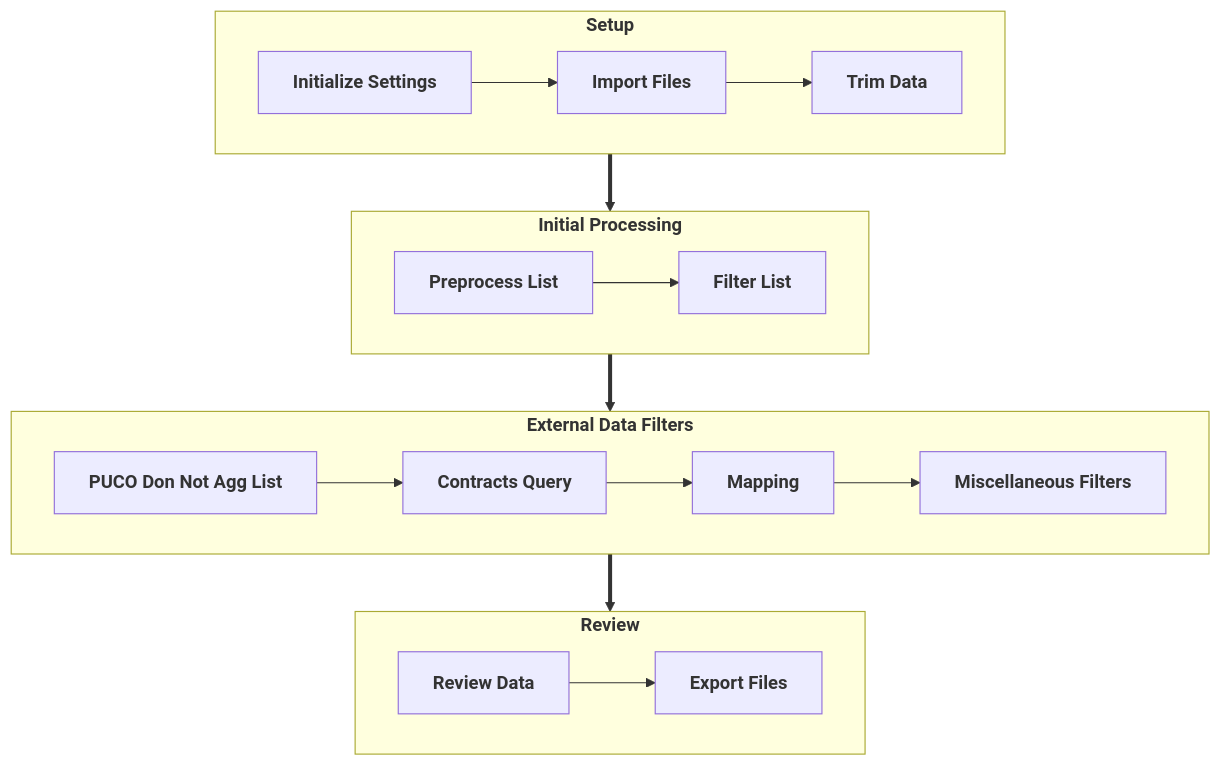
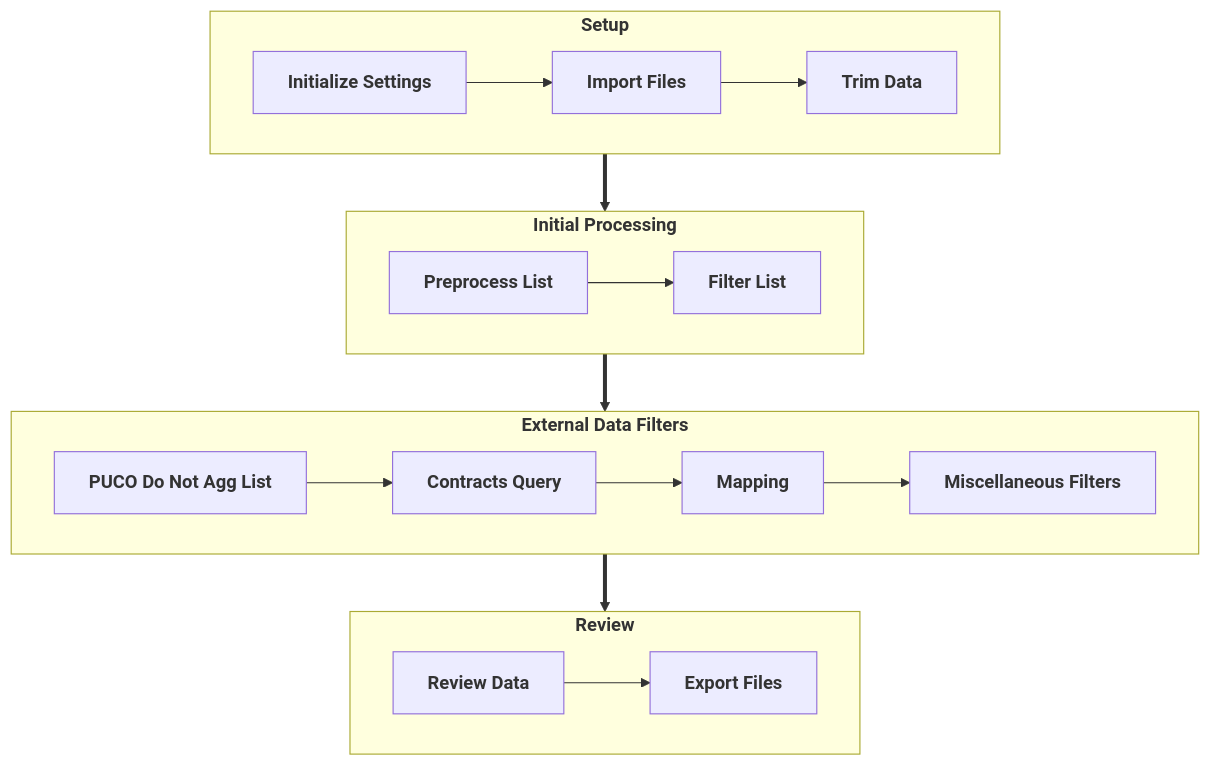
One commit to vistra-muniagg/List-Management-Tool changed the first of 6 diagrams in DIAGRAMS.md. Above: the diagram before and after it, drawn with Mermaid. The commit also changed other lines of this file, not shown here.

Commit message:
Update PUCO Do Not Agg List formatting and content

````diff
--- a/DIAGRAMS.md
+++ b/DIAGRAMS.md
@@ -10,53 +11,53 @@
 ```mermaid
 
 %%{init: {
   "theme": "base",
   "themeVariables": {
     "fontSize": "12px",
     "fontFamily": "Segoe UI",
     "primaryColor": "#eef6ff",          %% node fill
     "primaryBorderColor": "#1e40af",    %% node border
     "primaryTextColor": "#0f172a",      %% node text
     "lineColor": "#1e40af"
   }
 }}%%
 
 flowchart TB
 
 classDef classNode fill:#eef6ff,stroke:#1e40af,stroke-width:2px,font-size:12px
 
 %% Nodes
 Initialize["<b>Initialize</b><br>-define_macro_settings<br>-define_EDC<br>-define_mail_type<br>"]
 Import_Files["<b>Import_Files</b><br>-import_gagg_list<br>-import_active_list<br>-import_supplier_list<br>-trim_data"]
 Preprocess_List["<b>Preprocess_List</b><br>-create_filter_tab<br>-create_mapping_file<br>-populate_filter_tab"]
 Filter_List["<b>Filter_List</b><br>-remove_duplicates<br>-pipp<br>-state_rules<br>-usage<br>-shopping<br>-arrears<br>-national_chains"]
-PUCO_Do_Not_Agg["<b>PUCO_Do_Not_Agg</b><br>-account_number_match<br>-service_address_match<br>-manual_name_comparison"]
+PUCO_Do_Not_Agg["<b>PUCO Do Not Agg</b><br>-account_number_match<br>-service_address_match<br>-manual_name_comparison"]
 Contracts_Query["<b>Contracts_Query</b><br>-import_snowflake_file<br>-dedupe_query_results<br>-active_accounts<br>-previous_opt_outs"]
 Mapping["<b>Mapping</b>"]
 Misc_Filters["<b>Miscellaneous Filters</b><br>-DUKE sibling accounts<br>-LP Premise Mismatch"]
 Review_Data["<b>Review Data</b>"]
 Export_Files["<b>Export Files</b>"]
 
 subgraph Setup["<b>Setup</b>"]
 direction LR
     Initialize["<b>Initialize Settings</b>"] --> Import_Files["<b>Import Files</b>"] --> Trim_Data["<b>Trim Data</b>"]
 end
 
 subgraph Initial_Processing["<b>Initial Processing</b>"]
 direction LR
     Preprocess_List["<b>Preprocess List</b>"] --> Filter_List["<b>Filter List</b>"]
 end
 
 subgraph External_Data_Filters["<b>External Data Filters</b>"]
 direction LR
-    PUCO_Do_Not_Agg["<b>PUCO Don Not Agg List</b>"] --> Contracts_Query["<b>Contracts Query</b>"] --> Mapping --> Misc_Filters["<b>Miscellaneous Filters</b>"]
+    PUCO_Do_Not_Agg["<b>PUCO Do Not Agg List</b>"] --> Contracts_Query["<b>Contracts Query</b>"] --> Mapping --> Misc_Filters["<b>Miscellaneous Filters</b>"]
 end
 
 subgraph Review["<b>Review</b>"]
 direction LR
     Review_Data["<b>Review Data</b>"] --> Export_Files["<b>Export Files</b>"]
 end
 
 Setup ==> Initial_Processing["<b>Initial Processing</b>"] ==> External_Data_Filters["<b>External Data Filters</b>"] ==> Review
 
 ```
````
